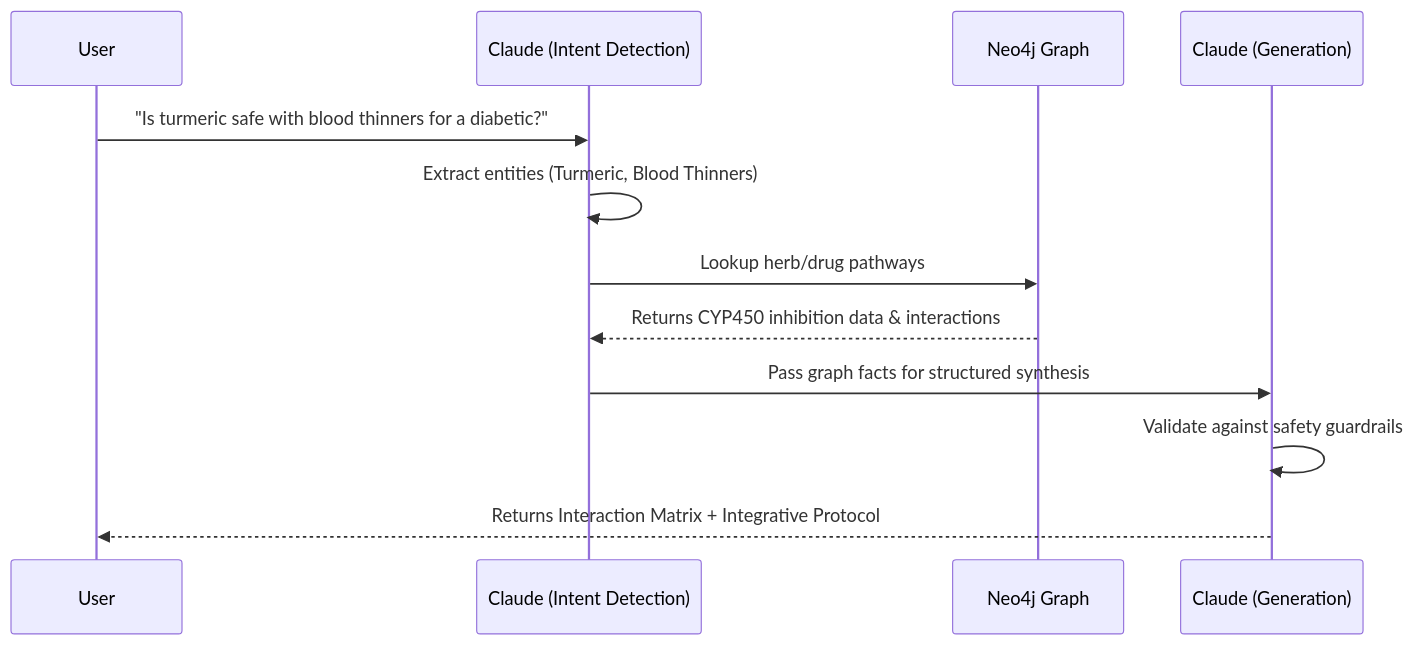
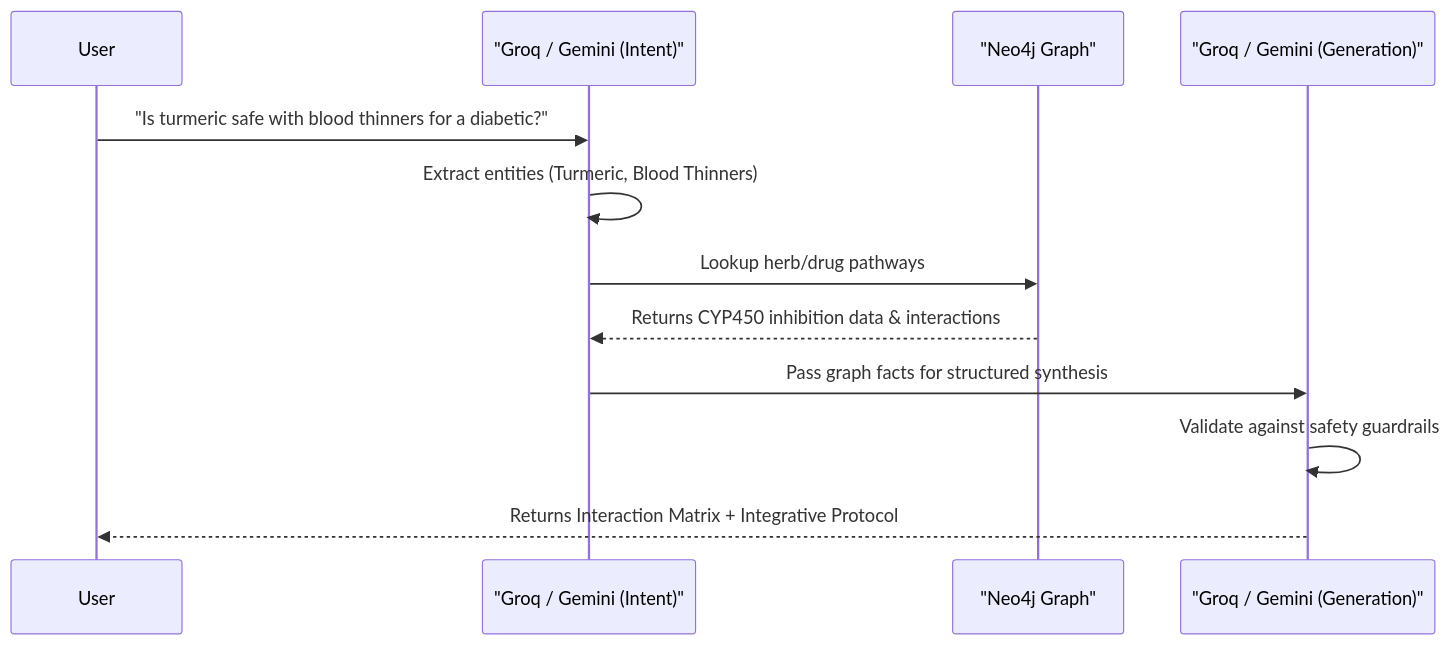
Before and after one commit to icemberg/Aushnexa_BioLumina---an-AI-powered-Ayurveda-Allopathy-Drug-Interaction-Platform.: the sixth of 9 diagrams in README.md, drawn with Mermaid. The commit also changed other lines of this file and 1 other file, not shown here.

````diff
--- a/README.md
+++ b/README.md
@@ -280,15 +283,15 @@
 ```mermaid
 sequenceDiagram
     participant User
-    participant NLP as Claude (Intent Detection)
-    participant Graph as Neo4j Graph
-    participant Synth as Claude (Generation)
+    participant NLP as "Groq / Gemini (Intent)"
+    participant Graph as "Neo4j Graph"
+    participant Synth as "Groq / Gemini (Generation)"
     
     User->>NLP: "Is turmeric safe with blood thinners for a diabetic?"
     NLP->>NLP: Extract entities (Turmeric, Blood Thinners)
     NLP->>Graph: Lookup herb/drug pathways
     Graph-->>NLP: Returns CYP450 inhibition data & interactions
     NLP->>Synth: Pass graph facts for structured synthesis
     Synth->>Synth: Validate against safety guardrails
     Synth-->>User: Returns Interaction Matrix + Integrative Protocol
 ```
````
